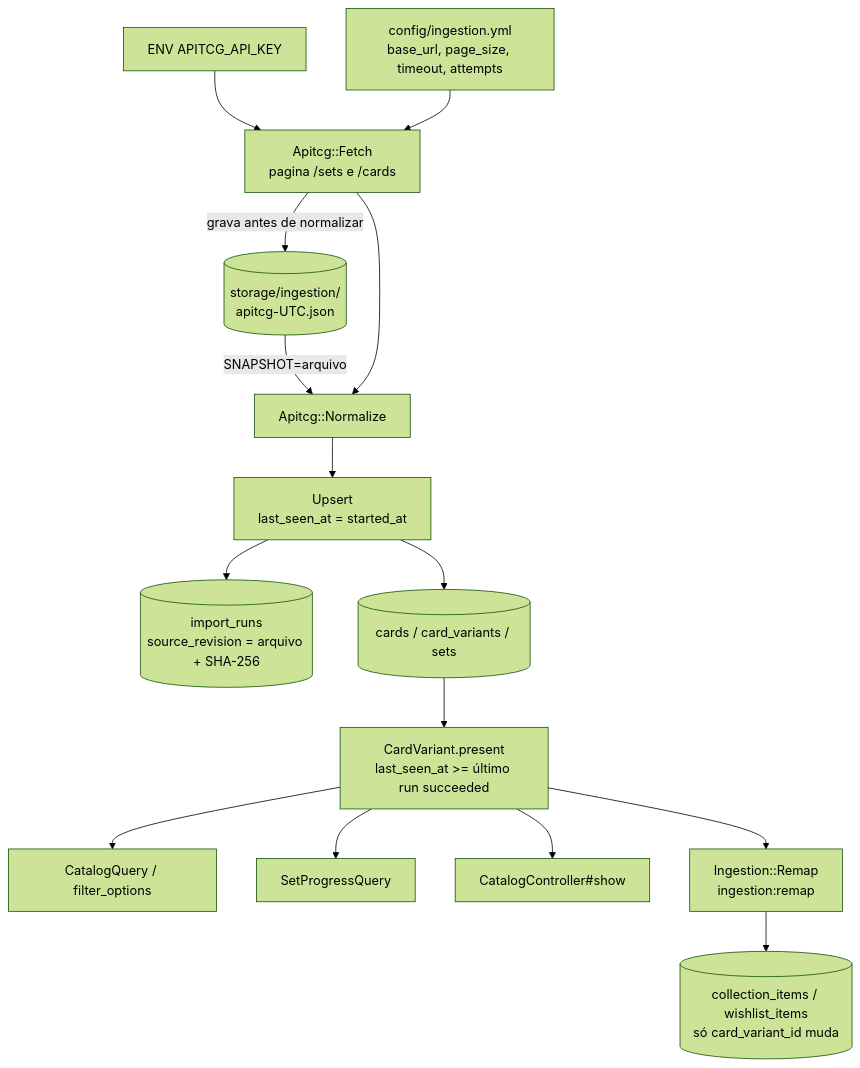
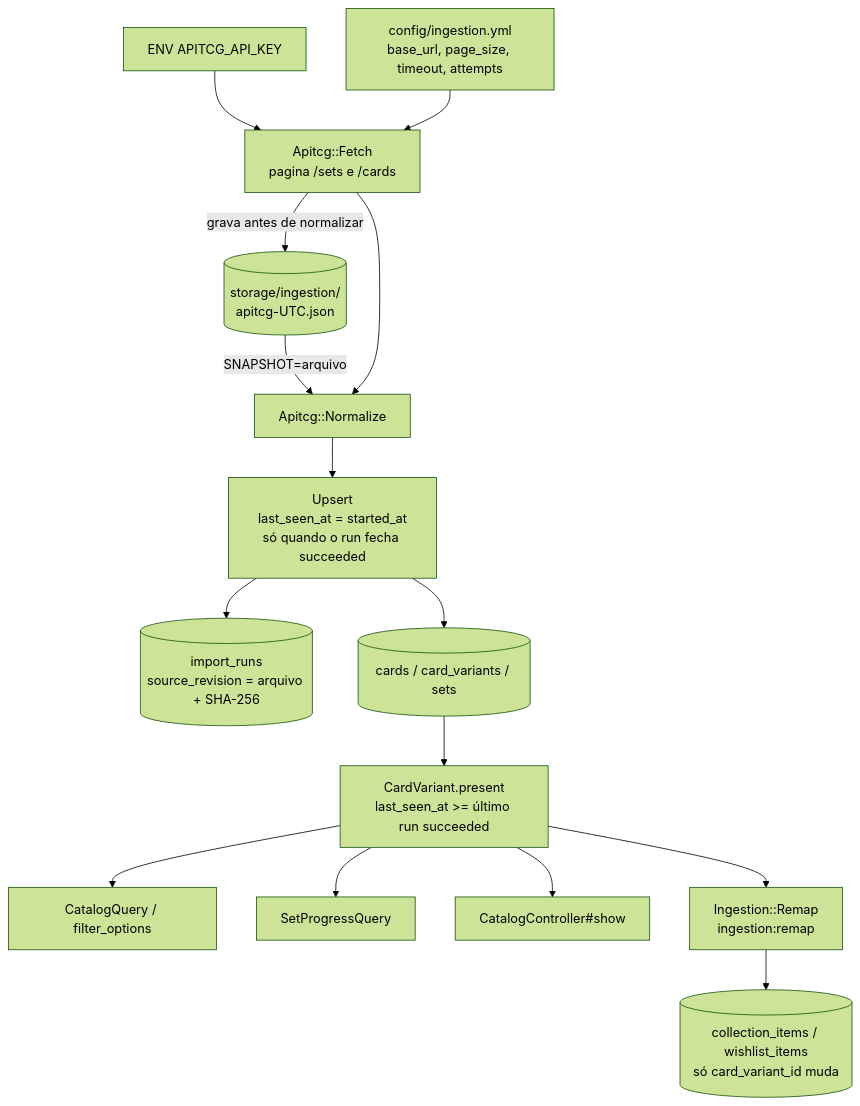
The diagram in .specs/features/fonte-apitcg/design.md (pinhaum/bindr-tcg), drawn with Mermaid (forest theme) before and after one commit. The commit also changed other lines of this file and 1 other file, not shown here.

Commit message:
docs(fonte-apitcg): gravar a presença só no fecho do run succeeded

````diff
--- a/.specs/features/fonte-apitcg/design.md
+++ b/.specs/features/fonte-apitcg/design.md
@@ -19,17 +19,17 @@
 ```mermaid
 graph TD
     K[ENV APITCG_API_KEY] --> F
     C[config/ingestion.yml<br/>base_url, page_size, timeout, attempts] --> F
     F[Apitcg::Fetch<br/>pagina /sets e /cards] -->|grava antes de normalizar| S[(storage/ingestion/<br/>apitcg-UTC.json)]
     S -->|SNAPSHOT=arquivo| N[Apitcg::Normalize]
     F --> N
-    N --> U[Upsert<br/>last_seen_at = started_at]
+    N --> U[Upsert<br/>last_seen_at = started_at<br/>só quando o run fecha succeeded]
     U --> R[(import_runs<br/>source_revision = arquivo + SHA-256)]
     U --> DB[(cards / card_variants / sets)]
     DB --> P[CardVariant.present<br/>last_seen_at >= último run succeeded]
     P --> Q[CatalogQuery / filter_options]
     P --> SP[SetProgressQuery]
     P --> SH[CatalogController#show]
     P --> RM[Ingestion::Remap<br/>ingestion:remap]
     RM --> CI[(collection_items / wishlist_items<br/>só card_variant_id muda)]
 ```
````
